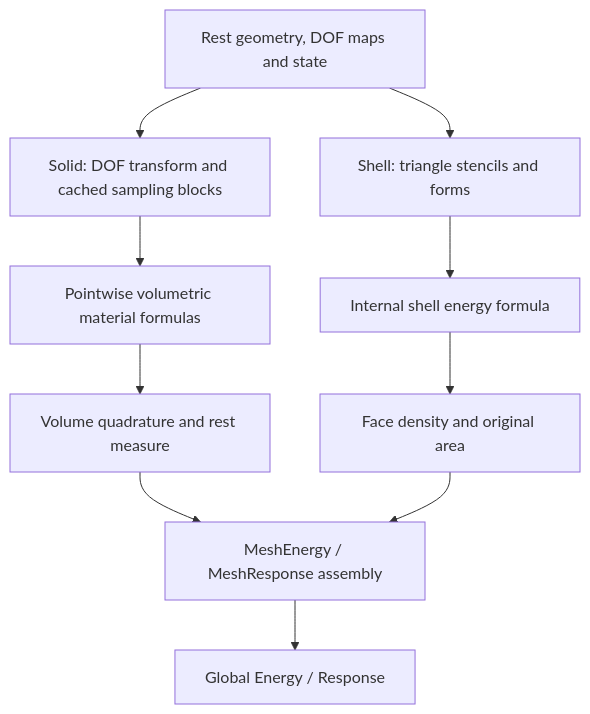
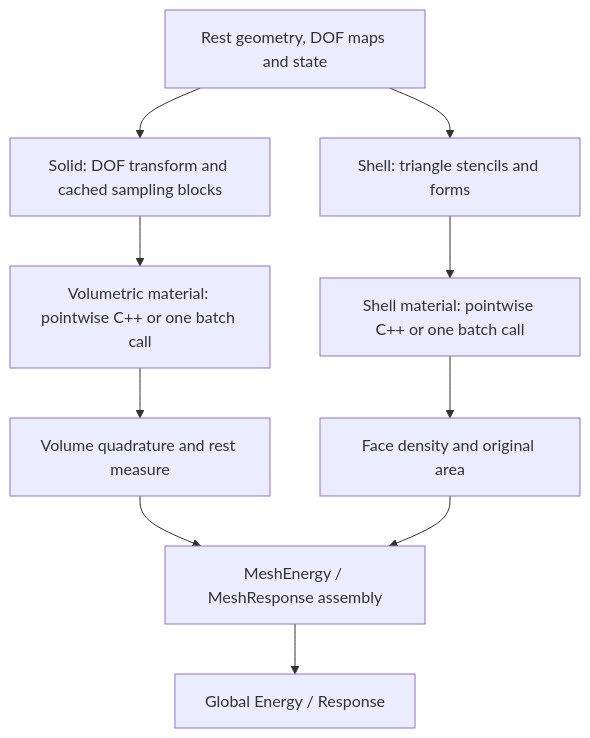
One commit to annajcy/litepgo changed the diagram in docs/guide/fem/index.md. Above: the diagram before and after it, drawn with Mermaid. The commit also changed other lines of this file and 23 other files, not shown here.

First line of the commit message:
Document Python materials and add NumPy and Torch shell examples

````diff
--- a/docs/guide/fem/index.md
+++ b/docs/guide/fem/index.md
@@ -14,14 +14,14 @@
 ```mermaid
 flowchart TB
   accTitle: FEM module evaluation architecture
-  accDescr: Fixed spatial responses are sampled at construction. Physical displacement DOFs pass through basis transforms and affine deformation-gradient sampling blocks, or shell stencil kinematics, into material formulas and global assembly.
+  accDescr: Fixed spatial responses are sampled at construction. Physical displacement DOFs pass through basis transforms and affine deformation-gradient sampling blocks, or shell stencil kinematics, into material formulas (native pointwise or one batch call, such as a Python material) and global assembly.
   inputs["Rest geometry, DOF maps and state"] --> solid["Solid: DOF transform and cached sampling blocks"]
   inputs --> shell["Shell: triangle stencils and forms"]
-  solid --> solidLocal["Pointwise volumetric material formulas"]
-  shell --> shellLocal["Internal shell energy formula"]
+  solid --> solidLocal["Volumetric material: pointwise C++ or one batch call"]
+  shell --> shellLocal["Shell material: pointwise C++ or one batch call"]
   solidLocal --> volume["Volume quadrature and rest measure"]
   shellLocal --> area["Face density and original area"]
   volume --> assembly["MeshEnergy / MeshResponse assembly"]
   area --> assembly
   assembly --> api["Global Energy / Response"]
 ```
````
